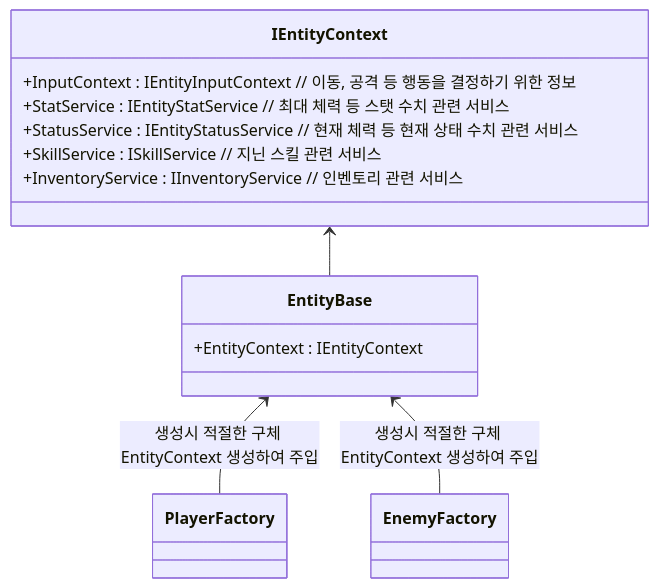
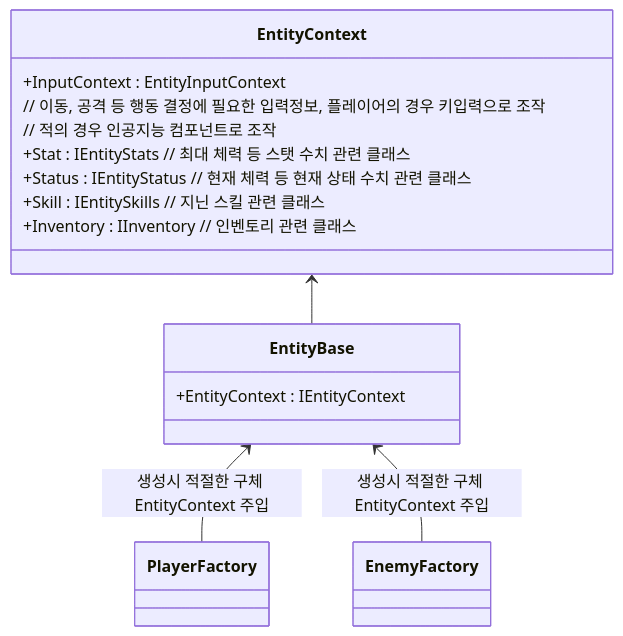
One commit to JIN5EOK/DungeonShooter changed the first of 2 diagrams in README/Entity_설계.md. Above: the diagram before and after it, drawn with Mermaid. The commit also changed other lines of this file, not shown here.

````diff
--- a/README/Entity_설계.md
+++ b/README/Entity_설계.md
@@ -17,19 +17,21 @@
 ```mermaid
 classDiagram
 	class EntityBase{
 		+EntityContext : IEntityContext
 	}
 	
-	class IEntityContext{
-		+InputContext : IEntityInputContext // 이동, 공격 등 행동을 결정하기 위한 정보
-		+StatService : IEntityStatService // 최대 체력 등 스탯 수치 관련 서비스
-		+StatusService : IEntityStatusService // 현재 체력 등 현재 상태 수치 관련 서비스
-		+SkillService : ISkillService // 지닌 스킬 관련 서비스
-		+InventoryService : IInventoryService // 인벤토리 관련 서비스
+	class EntityContext{
+		+InputContext : EntityInputContext 
+		// 이동, 공격 등 행동 결정에 필요한 입력정보, 플레이어의 경우 키입력으로 조작
+		// 적의 경우 인공지능 컴포넌트로 조작
+		+Stat : IEntityStats // 최대 체력 등 스탯 수치 관련 클래스
+		+Status : IEntityStatus // 현재 체력 등 현재 상태 수치 관련 클래스
+		+Skill : IEntitySkills // 지닌 스킬 관련 클래스
+		+Inventory : IInventory // 인벤토리 관련 클래스
 	}
 	
-	IEntityContext <-- EntityBase
-	EntityBase <-- PlayerFactory : 생성시 적절한 구체 EntityContext 생성하여 주입
-	EntityBase <-- EnemyFactory : 생성시 적절한 구체 EntityContext 생성하여 주입
-	
+	EntityContext <-- EntityBase
+	EntityBase <-- PlayerFactory : 생성시 적절한 구체 EntityContext 주입
+	PlayerEntityContext
+	EntityBase <-- EnemyFactory : 생성시 적절한 구체 EntityContext 주입
 ```
````
